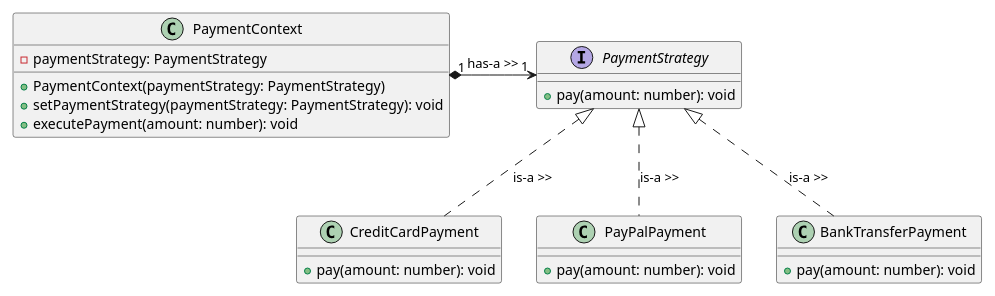
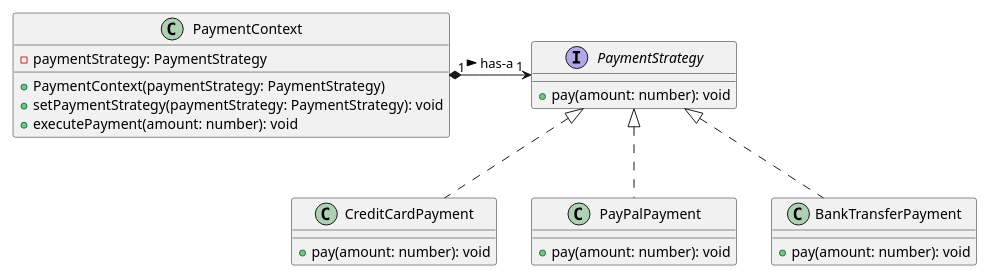
One commit to MC-Spraint/DSA-IN_TS-2024 changed the third of 11 diagrams in interview_prep/diagram.md. Above: the diagram before and after it, drawn with PlantUML. The commit also changed other lines of this file and 7 other files, not shown here.

```diff
--- a/interview_prep/diagram.md
+++ b/interview_prep/diagram.md
@@ -73,30 +72,30 @@
 @startuml
 scale 0.8
 interface PaymentStrategy {
   + pay(amount: number): void
 }
 
 class CreditCardPayment {
   + pay(amount: number): void
 }
 
 class PayPalPayment {
   + pay(amount: number): void
 }
 
 class BankTransferPayment {
   + pay(amount: number): void
 }
 
 class PaymentContext {
   - paymentStrategy: PaymentStrategy
   + PaymentContext(paymentStrategy: PaymentStrategy)
   + setPaymentStrategy(paymentStrategy: PaymentStrategy): void
   + executePayment(amount: number): void
 }
 
-PaymentStrategy <|.. CreditCardPayment : is-a >> 
-PaymentStrategy <|.. PayPalPayment : is-a >> 
-PaymentStrategy <|.. BankTransferPayment : is-a >> 
-PaymentContext "1" *-right-> "1" PaymentStrategy : has-a >>
+PaymentStrategy <|.. CreditCardPayment 
+PaymentStrategy <|.. PayPalPayment 
+PaymentStrategy <|.. BankTransferPayment 
+PaymentContext "1" *-right-> "1" PaymentStrategy : has-a >
 @enduml
```
